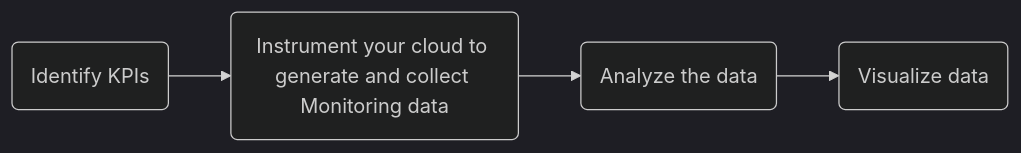
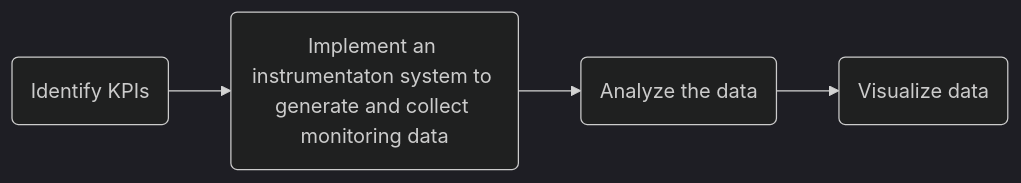
The diagram in cloud-administration/monitoring/README.md (cyberphor/knowledge-base), drawn with Mermaid (dark theme) before and after one commit. The commit also changed other lines of this file and 6 other files, not shown here.

Commit message:
Updated cloud monitoring notes

````diff
--- a/cloud-administration/monitoring/README.md
+++ b/cloud-administration/monitoring/README.md
@@ -3,7 +4,7 @@
 ```mermaid
 flowchart LR
   Step1("Identify KPIs") 
-  --> Step2("Instrument your cloud to generate and collect Monitoring data")
+  --> Step2("Implement an instrumentaton system to generate and collect monitoring data")
     --> Step3("Analyze the data")
       --> Step4("Visualize data")
 ```
````
